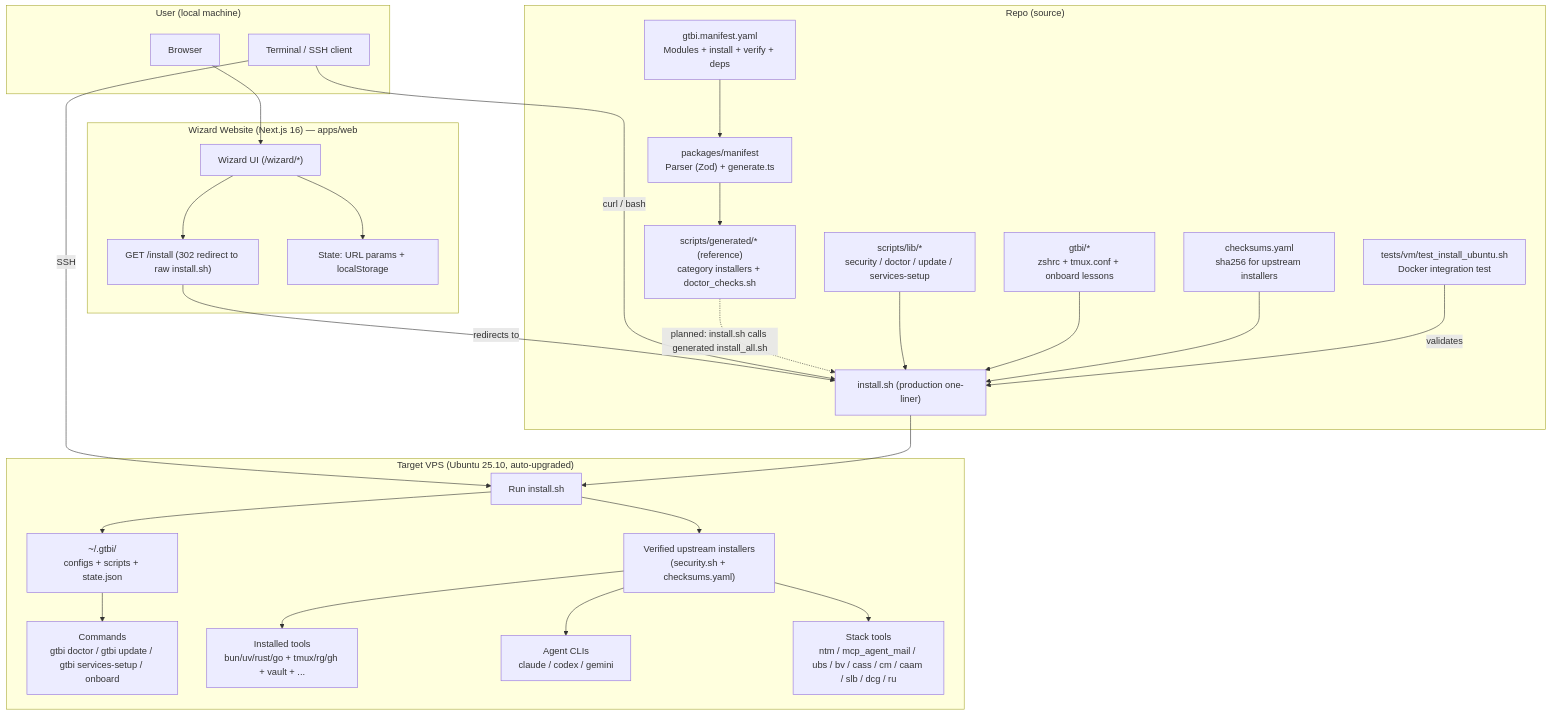
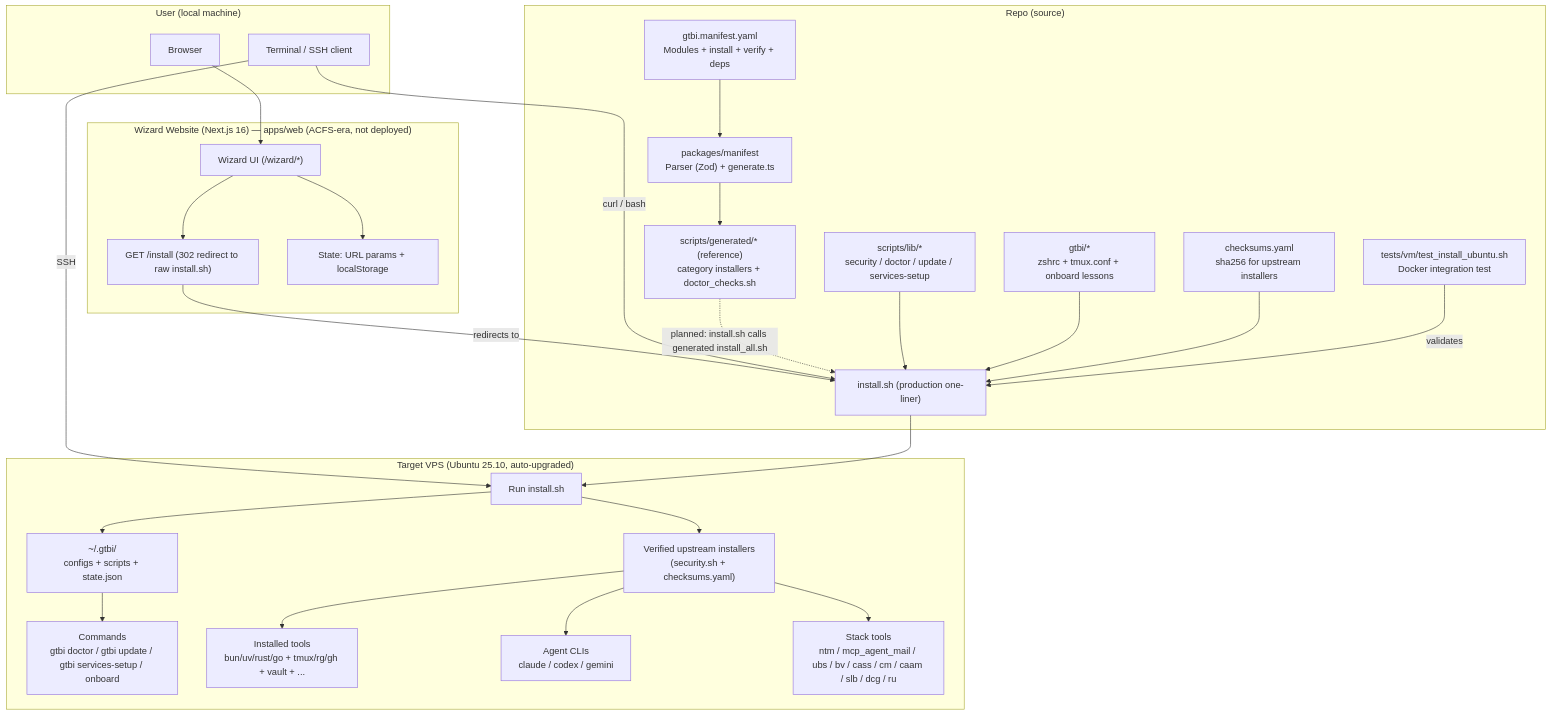
Before and after one commit to jonbackhaus/gtbi: the second of 3 diagrams in README.md, drawn with Mermaid. The commit also changed other lines of this file, not shown here.

````diff
--- a/README.md
+++ b/README.md
@@ -141,65 +138,65 @@
 ```mermaid
 flowchart TB
   %% User and website
   subgraph U["User (local machine)"]
     Browser["Browser"]
     Terminal["Terminal / SSH client"]
   end
 
-  subgraph W["Wizard Website (Next.js 16) — apps/web"]
+  subgraph W["Wizard Website (Next.js 16) — apps/web (ACFS-era, not deployed)"]
     Wizard["Wizard UI (/wizard/*)"]
     InstallRoute["GET /install (302 redirect to raw install.sh)"]
     WebState["State: URL params + localStorage"]
   end
 
   %% Repo sources
   subgraph R["Repo (source)"]
     Manifest["gtbi.manifest.yaml<br/>Modules + install + verify + deps"]
     Generator["packages/manifest<br/>Parser (Zod) + generate.ts"]
     Generated["scripts/generated/* (reference)<br/>category installers + doctor_checks.sh"]
     Installer["install.sh (production one-liner)"]
     Lib["scripts/lib/*<br/>security / doctor / update / services-setup"]
     Configs["gtbi/*<br/>zshrc + tmux.conf + onboard lessons"]
     Checksums["checksums.yaml<br/>sha256 for upstream installers"]
     Tests["tests/vm/test_install_ubuntu.sh<br/>Docker integration test"]
   end
 
   %% Target VPS
   subgraph V["Target VPS (Ubuntu 25.10, auto-upgraded)"]
     Run["Run install.sh"]
     Verify["Verified upstream installers<br/>(security.sh + checksums.yaml)"]
     GtbiHome["~/.gtbi/<br/>configs + scripts + state.json"]
     Commands["Commands<br/>gtbi doctor / gtbi update / gtbi services-setup / onboard"]
     Tools["Installed tools<br/>bun/uv/rust/go + tmux/rg/gh + vault + ..."]
     Agents["Agent CLIs<br/>claude / codex / gemini"]
     Stack["Stack tools<br/>ntm / mcp_agent_mail / ubs / bv / cass / cm / caam / slb / dcg / ru"]
   end
 
   %% Website guidance flow
   Browser --> Wizard
   Wizard --> WebState
   Wizard --> InstallRoute
   InstallRoute -->|redirects to| Installer
 
   %% How users fetch/run the installer
   Terminal -->|curl / bash| Installer
   Terminal -->|SSH| Run
 
   %% Manifest-driven generation (reference today)
   Manifest --> Generator --> Generated
   Generated -.->|planned: install.sh calls generated install_all.sh| Installer
 
   %% Installer composition
   Lib --> Installer
   Configs --> Installer
   Checksums --> Installer
   Tests -->|validates| Installer
 
   %% VPS install results
   Installer --> Run
   Run --> Verify
   Verify --> Tools
   Verify --> Agents
   Verify --> Stack
   Run --> GtbiHome --> Commands
 ```
````
